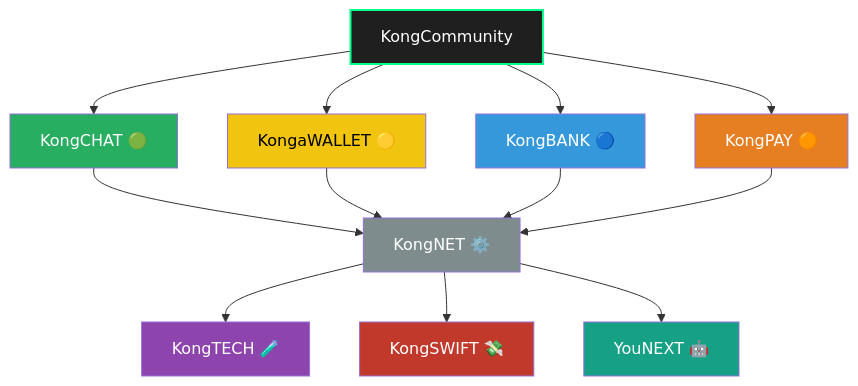
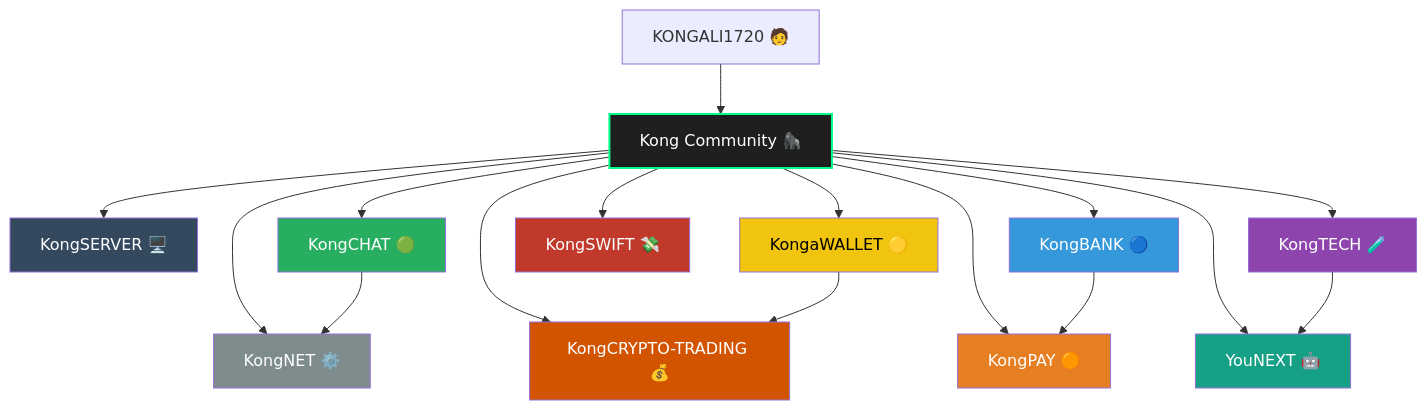
One commit to kongali1720/Kong-Community changed the diagram in README.md. Above: the diagram before and after it, drawn with Mermaid. The commit also changed other lines of this file, not shown here.

````diff
--- a/README.md
+++ b/README.md
@@ -69,26 +112,42 @@
 ```mermaid
 flowchart TD
-    KongCommunity --> Chat[KongCHAT 🟢]
-    KongCommunity --> Wallet[KongaWALLET 🟡]
-    KongCommunity --> Bank[KongBANK 🔵]
-    KongCommunity --> Pay[KongPAY 🟠]
+    %% Node User & Community
+    User["KONGALI1720 🧑"] --> KongCommunity["Kong Community 🦍"]
 
-    Chat --> Net[KongNET ⚙️]
-    Wallet --> Net
-    Bank --> Net
-    Pay --> Net
+    %% Infrastruktur & Jaringan
+    KongCommunity --> Server["KongSERVER 🖥️"]
+    KongCommunity --> Net["KongNET ⚙️"]
 
-    Net --> Tech[KongTECH 🧪]
-    Net --> Swift[KongSWIFT 💸]
-    Net --> Next[YouNEXT 🤖]
+    %% Komunikasi & Keamanan
+    KongCommunity --> Chat["KongCHAT 🟢"]
 
+    %% Finansial & Pembayaran
+    KongCommunity --> Wallet["KongaWALLET 🟡"]
+    KongCommunity --> Bank["KongBANK 🔵"]
+    KongCommunity --> Pay["KongPAY 🟠"]
+    KongCommunity --> Swift["KongSWIFT 💸"]
+    KongCommunity --> Crypto["KongCRYPTO-TRADING 💰"]
+
+    %% Research & Development
+    KongCommunity --> Tech["KongTECH 🧪"]
+    KongCommunity --> Next["YouNEXT 🤖"]
+
+    %% Minimal connections
+    Wallet --> Crypto
+    Bank --> Pay
+    Chat --> Net
+    Tech --> Next
+
+    %% Styling colors
     style KongCommunity fill:#1f1f1f,stroke:#00ff88,stroke-width:2px,color:white
+    style Server fill:#34495e,color:white
+    style Net fill:#7f8c8d,color:white
     style Chat fill:#27ae60,color:white
     style Wallet fill:#f1c40f,color:black
     style Bank fill:#3498db,color:white
     style Pay fill:#e67e22,color:white
-    style Net fill:#7f8c8d,color:white
+    style Swift fill:#c0392b,color:white
+    style Crypto fill:#d35400,color:white
     style Tech fill:#8e44ad,color:white
-    style Swift fill:#c0392b,color:white
     style Next fill:#16a085,color:white
 ```
````
